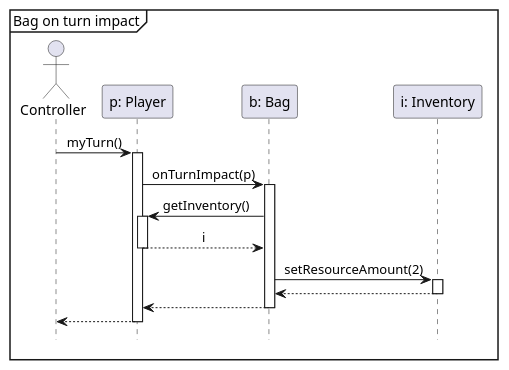
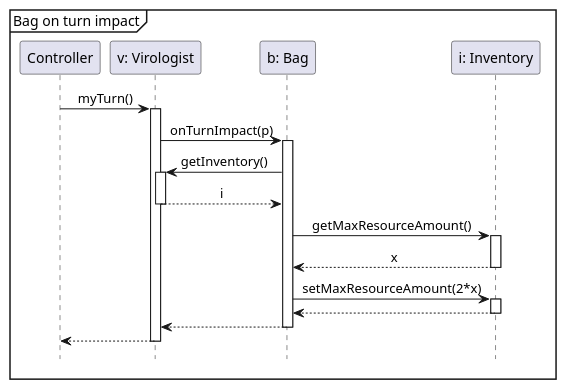
One commit to Tschonti/503-service-unavailable changed the diagram in docs/seqDiagrams/bagOnTurnImpackt.puml. Above: the diagram before and after it, drawn with PlantUML. The commit also changed 2 other files, not shown here.

```diff
--- a/docs/seqDiagrams/bagOnTurnImpackt.puml
+++ b/docs/seqDiagrams/bagOnTurnImpackt.puml
@@ -1,23 +1,25 @@
 @startuml
 'https://plantuml.com/sequence-diagram
 
 hide footbox
 skinparam sequenceMessageAlign center
 
 mainframe Bag on turn impact
 
-actor Controller as c
-participant "p: Player" as p
+participant Controller as c
+participant "v: Virologist" as v
 participant "b: Bag" as b
 participant "i: Inventory" as i
 
-c -> p ++ : myTurn()
-        p -> b ++ : onTurnImpact(p)
-        b -> p ++ : getInventory()
+c -> v ++ : myTurn()
+    v -> b ++ : onTurnImpact(p)
+        b -> v ++ : getInventory()
         return i
-            b -> i ++ : setResourceAmount(2)
-            return
+        b -> i ++ : getMaxResourceAmount()
+        return x
+        b -> i ++ : setMaxResourceAmount(2*x)
         return
+    return
 return
 
 @enduml
```
